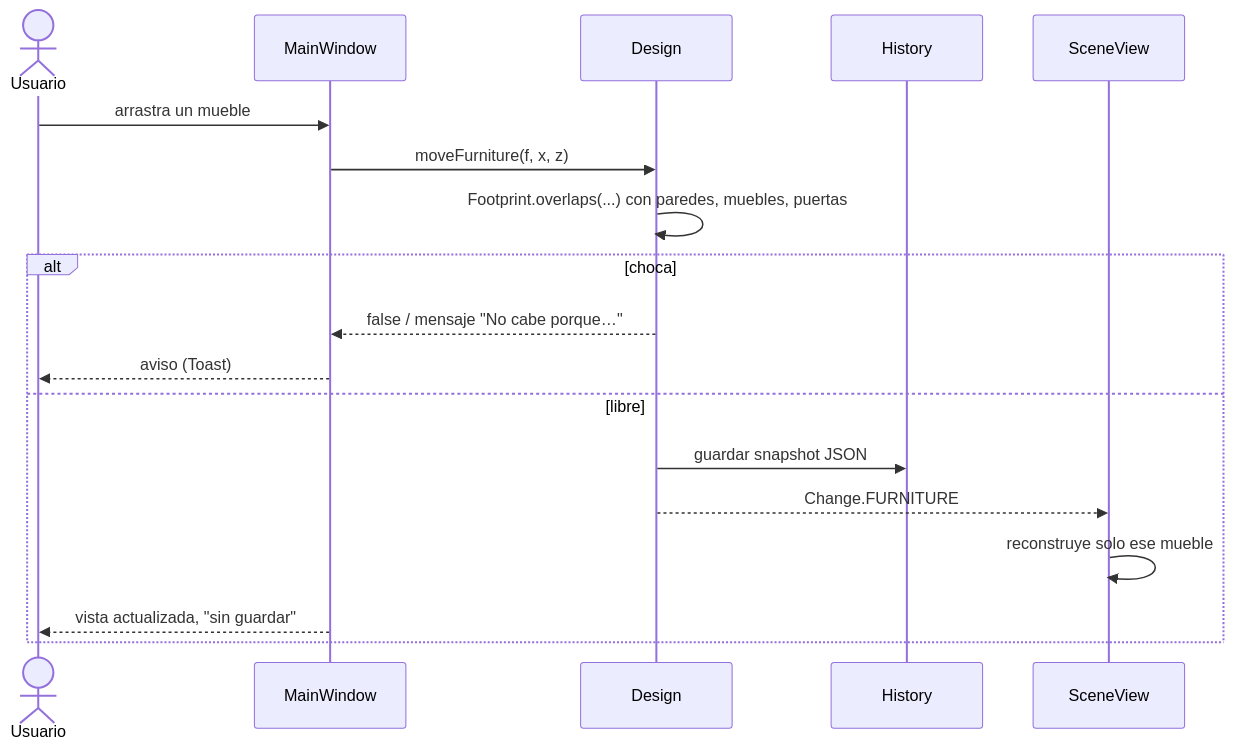
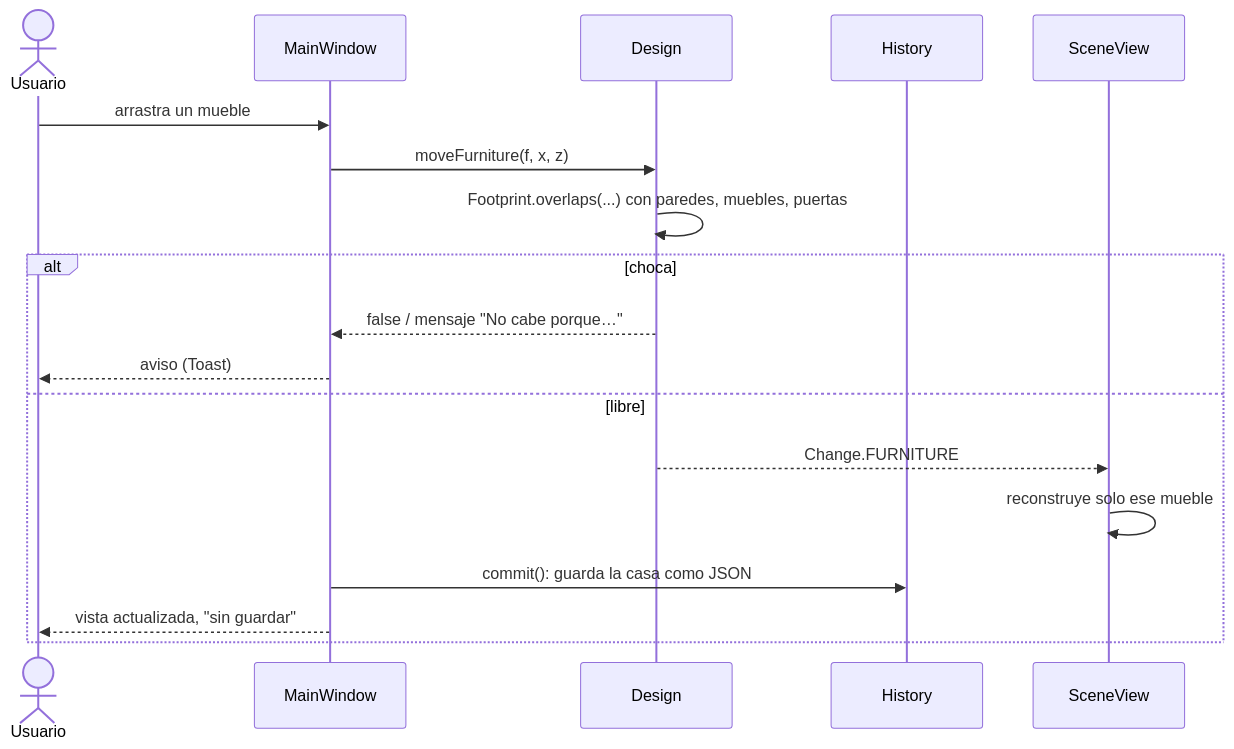
The fourth of 5 diagrams in documentacion/04_Documento_de_Arquitectura.md (alex123floresc-sketch/amoblador3d), drawn with Mermaid before and after one commit. The commit also changed other lines of this file and 37 other files, not shown here.

````diff
--- a/documentacion/04_Documento_de_Arquitectura.md
+++ b/documentacion/04_Documento_de_Arquitectura.md
@@ -106,20 +106,20 @@
 ```mermaid
 sequenceDiagram
     actor U as Usuario
     participant MW as MainWindow
     participant D as Design
     participant H as History
     participant SV as SceneView
     U->>MW: arrastra un mueble
     MW->>D: moveFurniture(f, x, z)
     D->>D: Footprint.overlaps(...) con paredes, muebles, puertas
     alt choca
         D-->>MW: false / mensaje "No cabe porque…"
         MW-->>U: aviso (Toast)
     else libre
-        D->>H: guardar snapshot JSON
         D-->>SV: Change.FURNITURE
         SV->>SV: reconstruye solo ese mueble
+        MW->>H: commit(): guarda la casa como JSON
         MW-->>U: vista actualizada, "sin guardar"
     end
 ```
````
